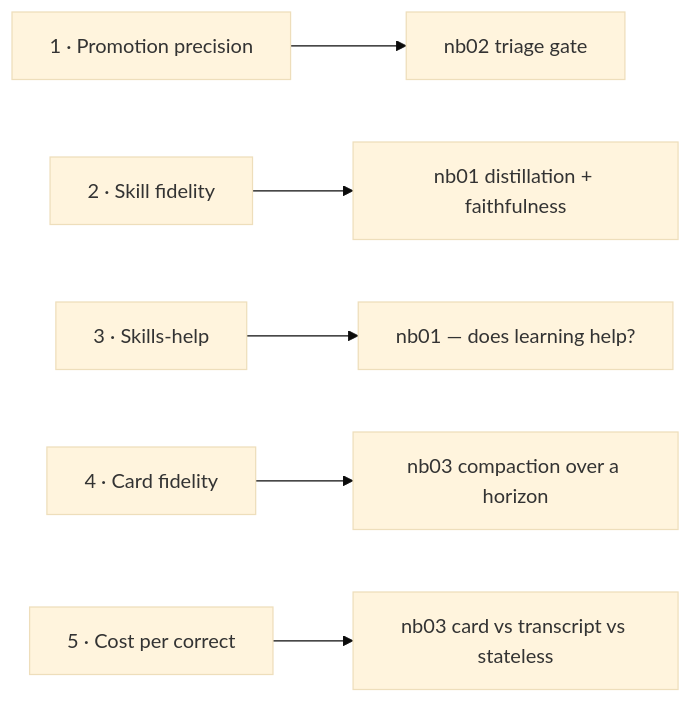
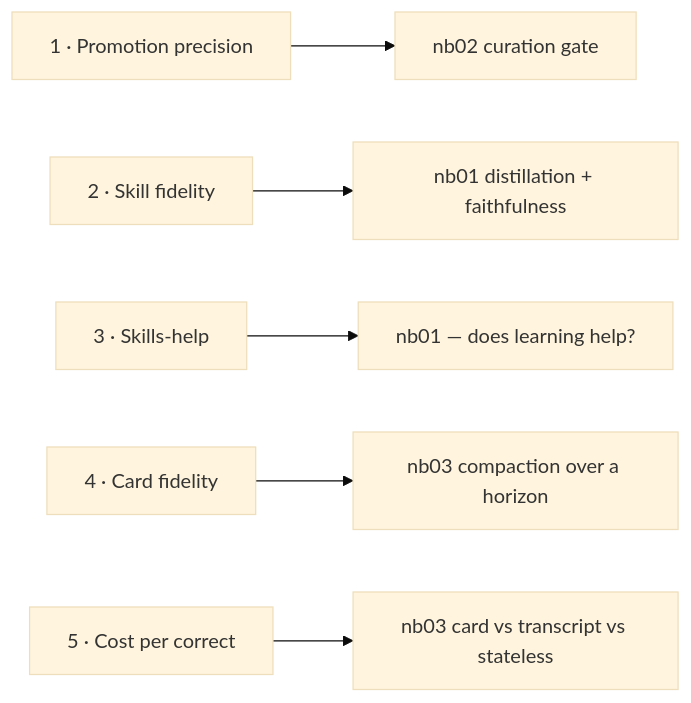
Diagram 15 of 16 in docs/WALKTHROUGH.md (anantsrivast/cityops-agent-harness), drawn with Mermaid (base theme) before and after one commit. The commit also changed other lines of this file and 11 other files, not shown here.

````diff
--- a/docs/WALKTHROUGH.md
+++ b/docs/WALKTHROUGH.md
@@ -451,8 +456,8 @@
 ```mermaid
 flowchart LR
-  E1["1 · Promotion precision"] --> M1["nb02 triage gate"]
+  E1["1 · Promotion precision"] --> M1["nb02 curation gate"]
   E2["2 · Skill fidelity"] --> M2["nb01 distillation + faithfulness"]
   E3["3 · Skills-help"] --> M3["nb01 — does learning help?"]
   E4["4 · Card fidelity"] --> M4["nb03 compaction over a horizon"]
   E5["5 · Cost per correct"] --> M5["nb03 card vs transcript vs stateless"]
 ```
````
